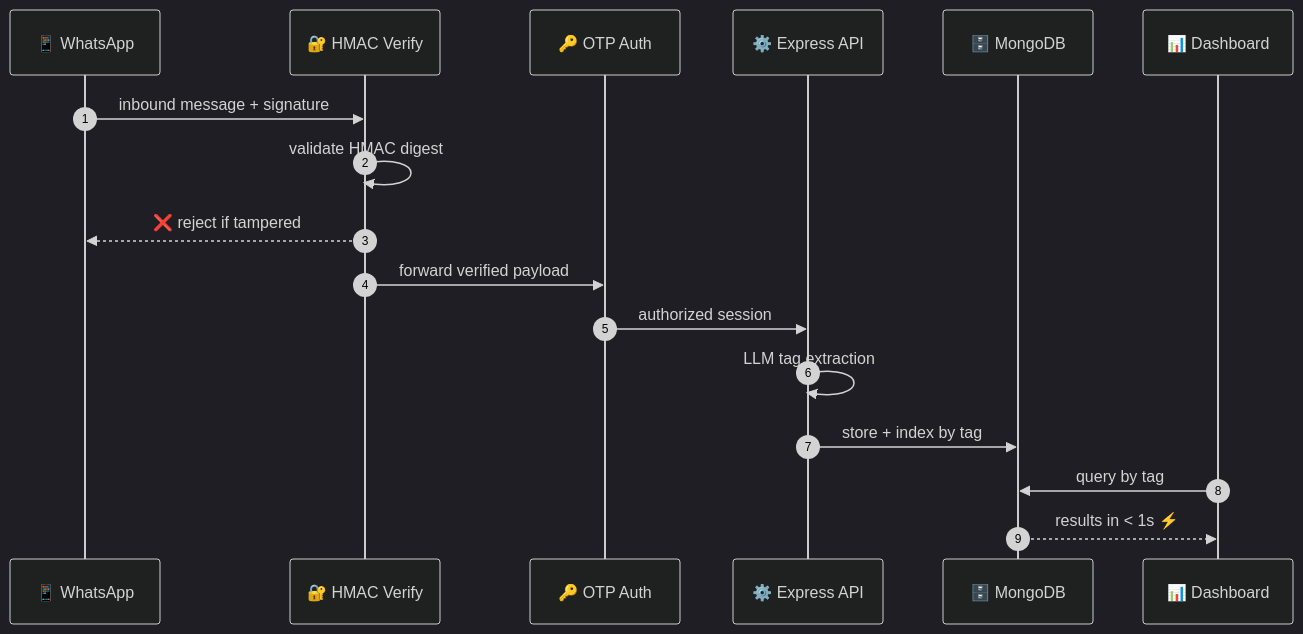
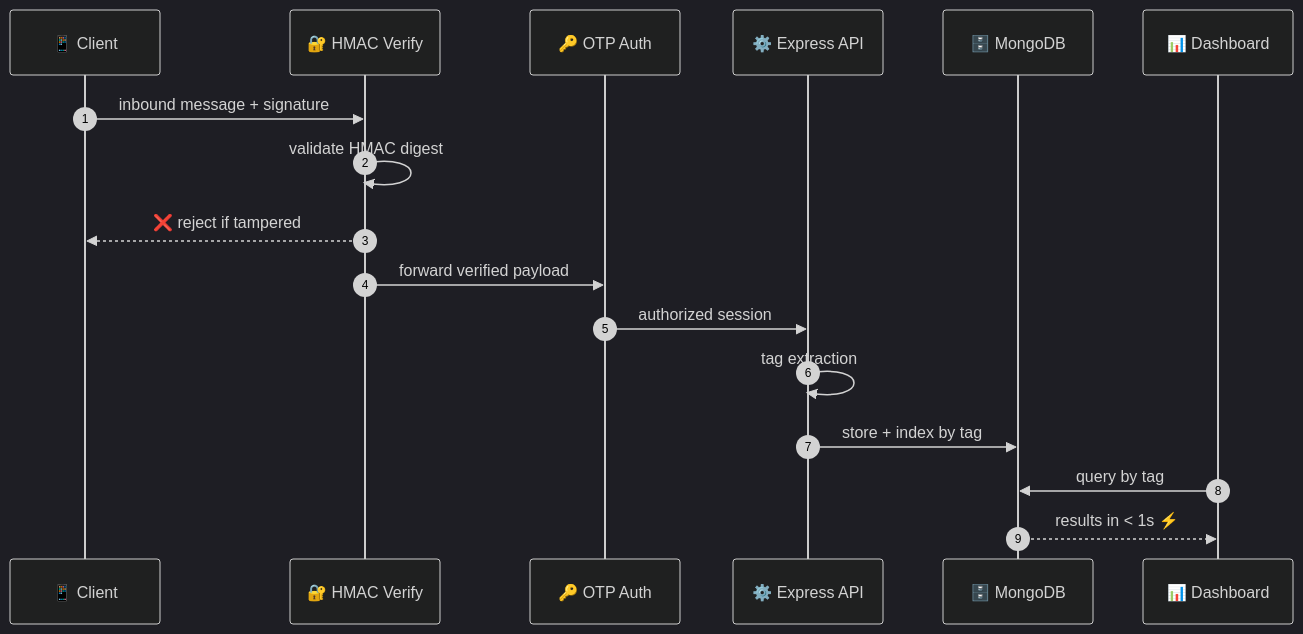
Before and after one commit to Vijayxx/Vijayxx: the second of 4 diagrams in README.md, drawn with Mermaid. The commit also changed other lines of this file, not shown here.

````diff
--- a/README.md
+++ b/README.md
@@ -117,21 +120,21 @@
 ```mermaid
 %%{init: {'theme':'dark', 'themeVariables': {'primaryColor':'#0D1117','primaryTextColor':'#00FF41','primaryBorderColor':'#00FF41','lineColor':'#39d353','fontFamily':'Fira Code'}}}%%
 sequenceDiagram
     autonumber
-    participant W as 📱 WhatsApp
+    participant W as 📱 Client
     participant A as 🔐 HMAC Verify
     participant O as 🔑 OTP Auth
     participant S as ⚙️ Express API
     participant D as 🗄️ MongoDB
     participant U as 📊 Dashboard
 
     W->>A: inbound message + signature
     A->>A: validate HMAC digest
     A-->>W: ❌ reject if tampered
     A->>O: forward verified payload
     O->>S: authorized session
-    S->>S: LLM tag extraction
+    S->>S: tag extraction
     S->>D: store + index by tag
     U->>D: query by tag
     D-->>U: results in < 1s ⚡
 ```
````
